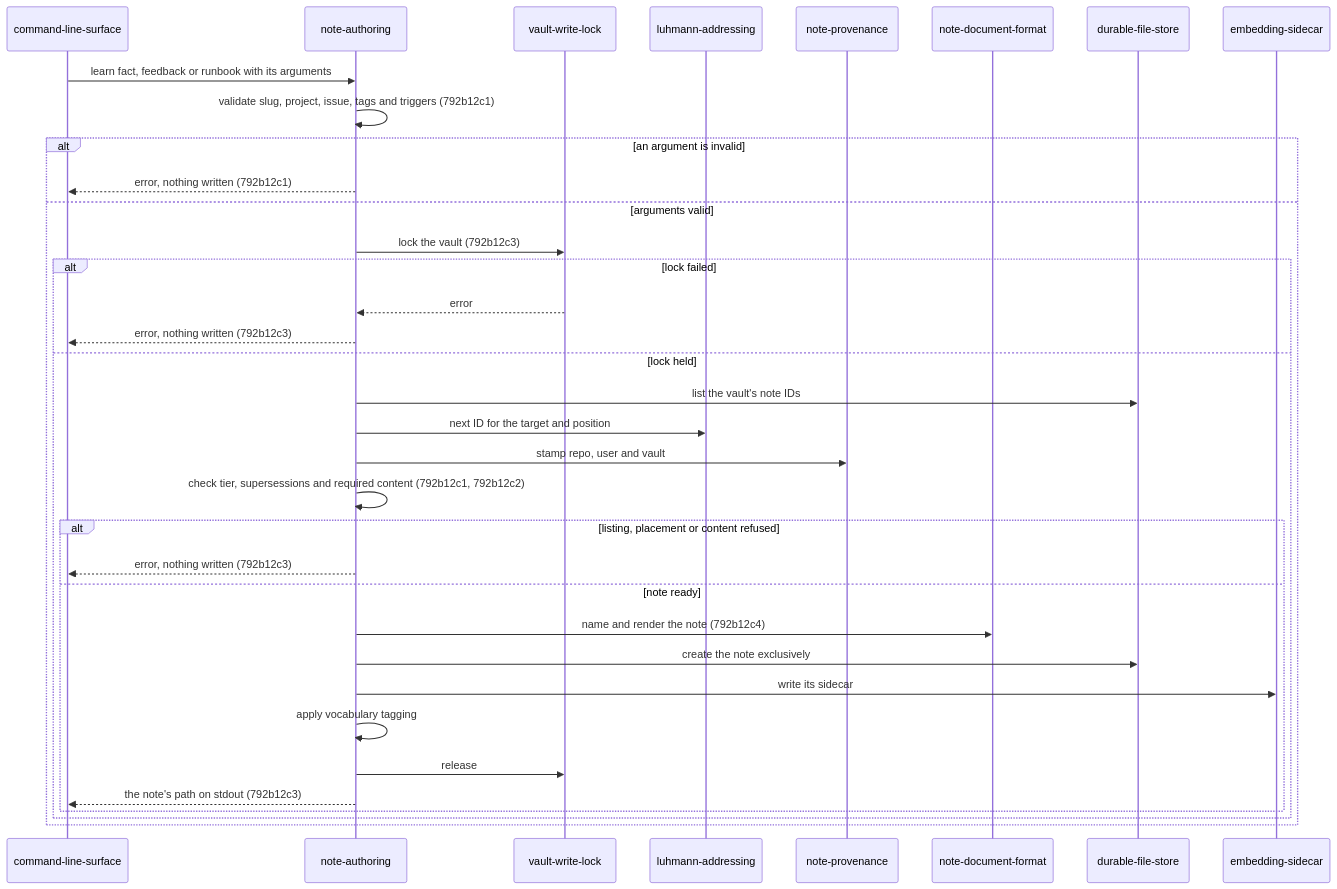
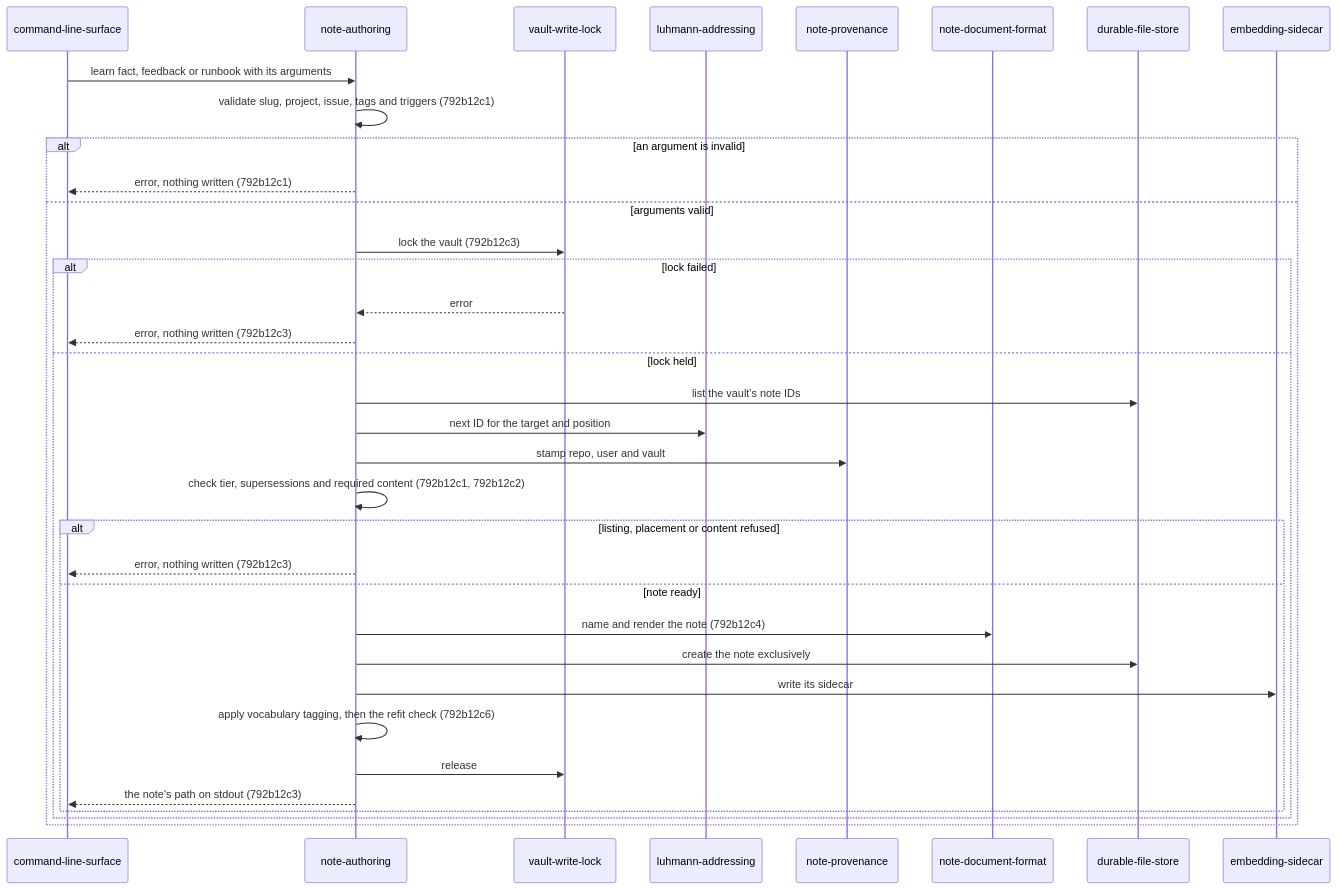
Before and after one commit to toejough/engram: diagram 11 of 20 in docs/changes/792_documentation-framework-adoption/792b_technical-spec.md, drawn with Mermaid. The commit also changed other lines of this file and 14 other files, not shown here.

````diff
--- a/docs/changes/792_documentation-framework-adoption/792b_technical-spec.md
+++ b/docs/changes/792_documentation-framework-adoption/792b_technical-spec.md
@@ -3618,37 +3705,37 @@
 ```mermaid
 sequenceDiagram
   participant CLI as command-line-surface
   participant Author as note-authoring
   participant Lock as vault-write-lock
   participant Ids as luhmann-addressing
   participant Prov as note-provenance
   participant Format as note-document-format
   participant Store as durable-file-store
   participant Sidecar as embedding-sidecar
   CLI->>Author: learn fact, feedback or runbook with its arguments
   Author->>Author: validate slug, project, issue, tags and triggers (792b12c1)
   alt an argument is invalid
     Author-->>CLI: error, nothing written (792b12c1)
   else arguments valid
     Author->>Lock: lock the vault (792b12c3)
     alt lock failed
       Lock-->>Author: error
       Author-->>CLI: error, nothing written (792b12c3)
     else lock held
       Author->>Store: list the vault's note IDs
       Author->>Ids: next ID for the target and position
       Author->>Prov: stamp repo, user and vault
       Author->>Author: check tier, supersessions and required content (792b12c1, 792b12c2)
       alt listing, placement or content refused
         Author-->>CLI: error, nothing written (792b12c3)
       else note ready
         Author->>Format: name and render the note (792b12c4)
         Author->>Store: create the note exclusively
         Author->>Sidecar: write its sidecar
-        Author->>Author: apply vocabulary tagging
+        Author->>Author: apply vocabulary tagging, then the refit check (792b12c6)
         Author->>Lock: release
         Author-->>CLI: the note's path on stdout (792b12c3)
       end
     end
   end
 ```
````
